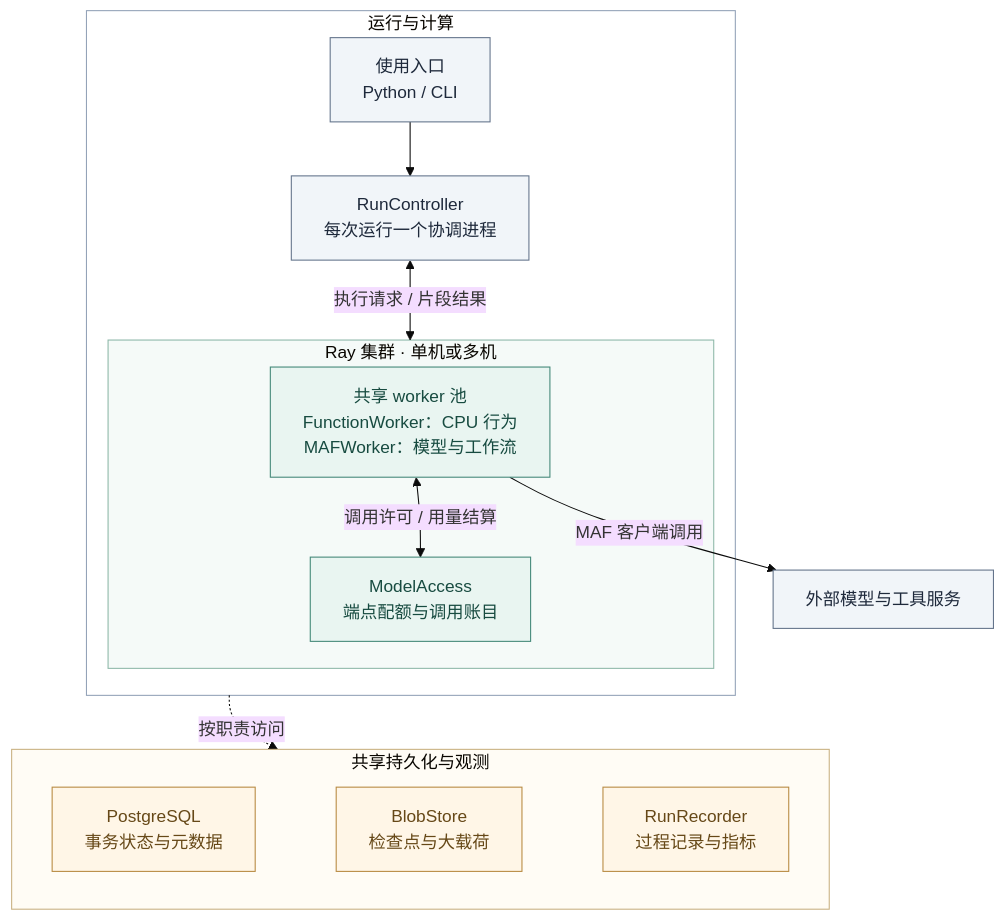
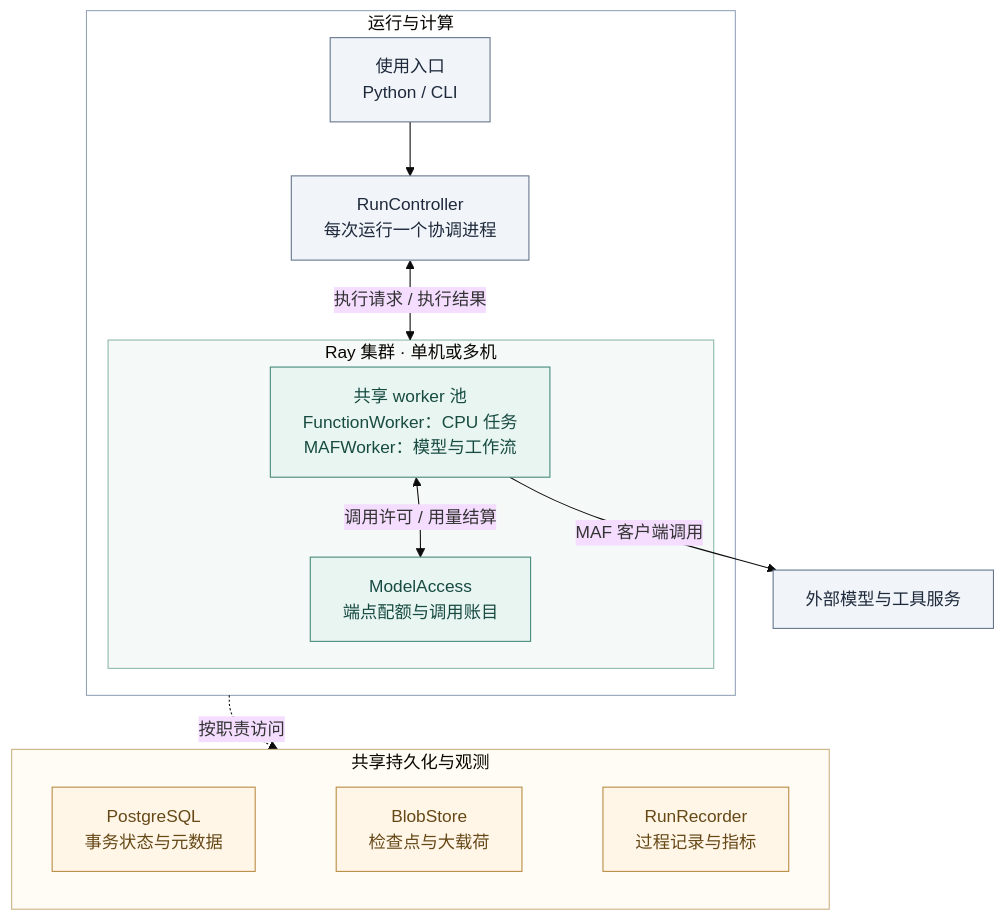
One commit to AgenticFinLab/multiagent-simulation changed the diagram in docs/MAF_MASIM_muhan/08-execution-and-scaling.md. Above: the diagram before and after it, drawn with Mermaid (base theme). The commit also changed other lines of this file and 15 other files, not shown here.

````diff
--- a/docs/MAF_MASIM_muhan/08-execution-and-scaling.md
+++ b/docs/MAF_MASIM_muhan/08-execution-and-scaling.md
@@ -15,38 +15,38 @@
 ```mermaid
 flowchart TB
     subgraph COMPUTE["运行与计算"]
         USER["使用入口<br/>Python / CLI"]
         COORD["RunController<br/>每次运行一个协调进程"]
         subgraph RAY["Ray 集群 · 单机或多机"]
-            WORKERS["共享 worker 池<br/>FunctionWorker：CPU 行为<br/>MAFWorker：模型与工作流"]
+            WORKERS["共享 worker 池<br/>FunctionWorker：CPU 任务<br/>MAFWorker：模型与工作流"]
             QUOTA["ModelAccess<br/>端点配额与调用账目"]
         end
-        COORD <-->|执行请求 / 片段结果| RAY
+        COORD <-->|执行请求 / 执行结果| RAY
         WORKERS <-->|调用许可 / 用量结算| QUOTA
     end
 
     MODEL["外部模型与工具服务"]
     subgraph SUPPORT["共享持久化与观测"]
         direction LR
         DB["PostgreSQL<br/>事务状态与元数据"]
         BLOB["BlobStore<br/>检查点与大载荷"]
         REC["RunRecorder<br/>过程记录与指标"]
         DB ~~~ BLOB ~~~ REC
     end
 
     USER --> COORD
     WORKERS -->|MAF 客户端调用| MODEL
     COMPUTE -.->|按职责访问| SUPPORT
     QUOTA ~~~ SUPPORT
     MODEL ~~~ SUPPORT
 
     classDef control fill:#f1f5f9,stroke:#64748b,color:#1e293b
     classDef runtime fill:#e9f5f1,stroke:#438878,color:#174b40
     classDef state fill:#fff6e7,stroke:#b88a42,color:#664817
     class USER,COORD,MODEL control
     class WORKERS,QUOTA runtime
     class DB,BLOB,REC state
     style COMPUTE fill:#ffffff,stroke:#94a3b8
     style RAY fill:#f5faf8,stroke:#8eb8a9
     style SUPPORT fill:#fffcf5,stroke:#c9b182
 ```
````
